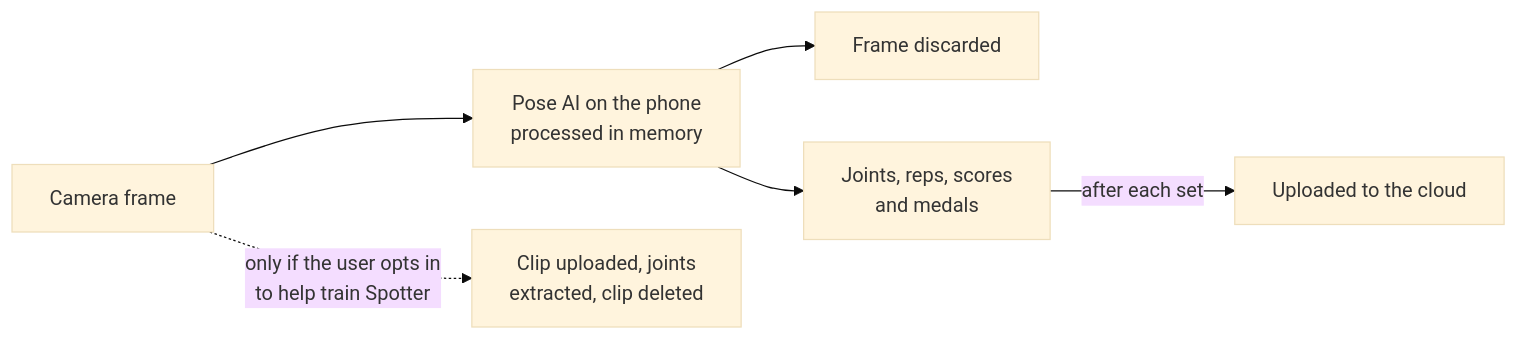
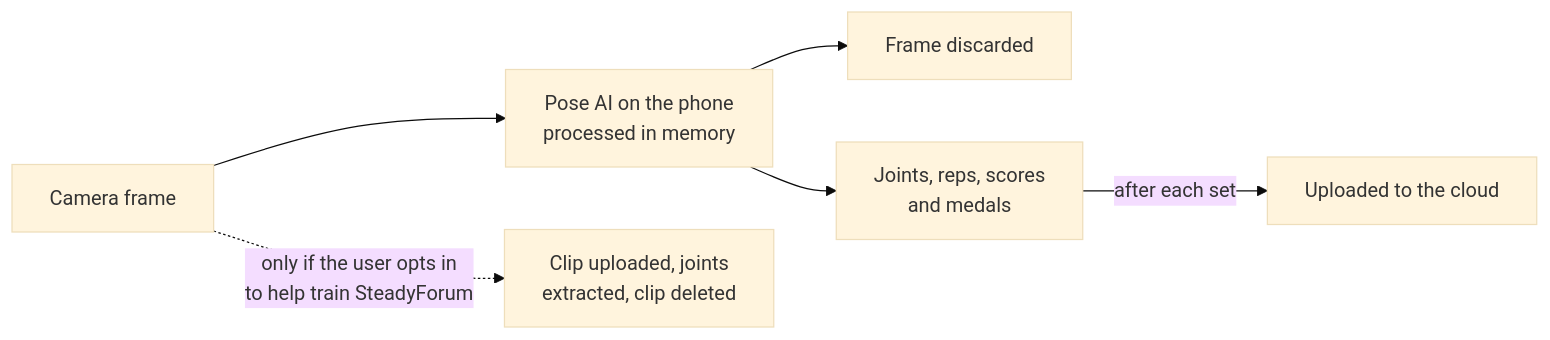
One commit to Del0m/KnightHacks2026 changed diagram 15 of 17 in Architecture.md. Above: the diagram before and after it, drawn with Mermaid (base theme). The commit also changed other lines of this file and 176 other files, not shown here.

Commit message:
Rename project to SteadyForum and add full verification CI

````diff
--- a/Architecture.md
+++ b/Architecture.md
@@ -686,8 +686,8 @@
 ```mermaid
 flowchart LR
     C["Camera frame"] --> P["Pose AI on the phone<br/>processed in memory"]
     P --> X["Frame discarded"]
     P --> K["Joints, reps, scores<br/>and medals"]
     K -- "after each set" --> U["Uploaded to the cloud"]
-    C -. "only if the user opts in<br/>to help train Spotter" .-> O["Clip uploaded, joints<br/>extracted, clip deleted"]
+    C -. "only if the user opts in<br/>to help train SteadyForum" .-> O["Clip uploaded, joints<br/>extracted, clip deleted"]
 ```
````
